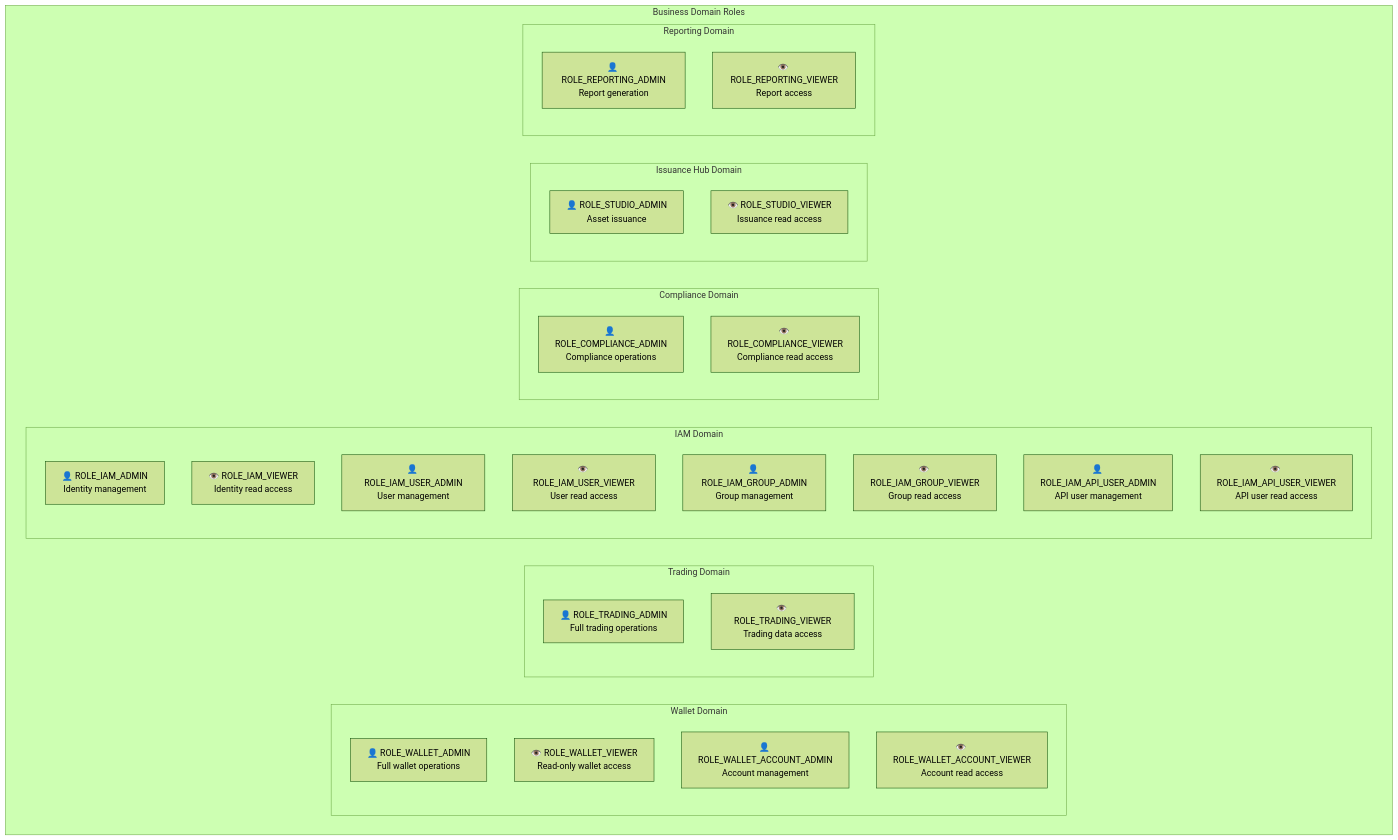
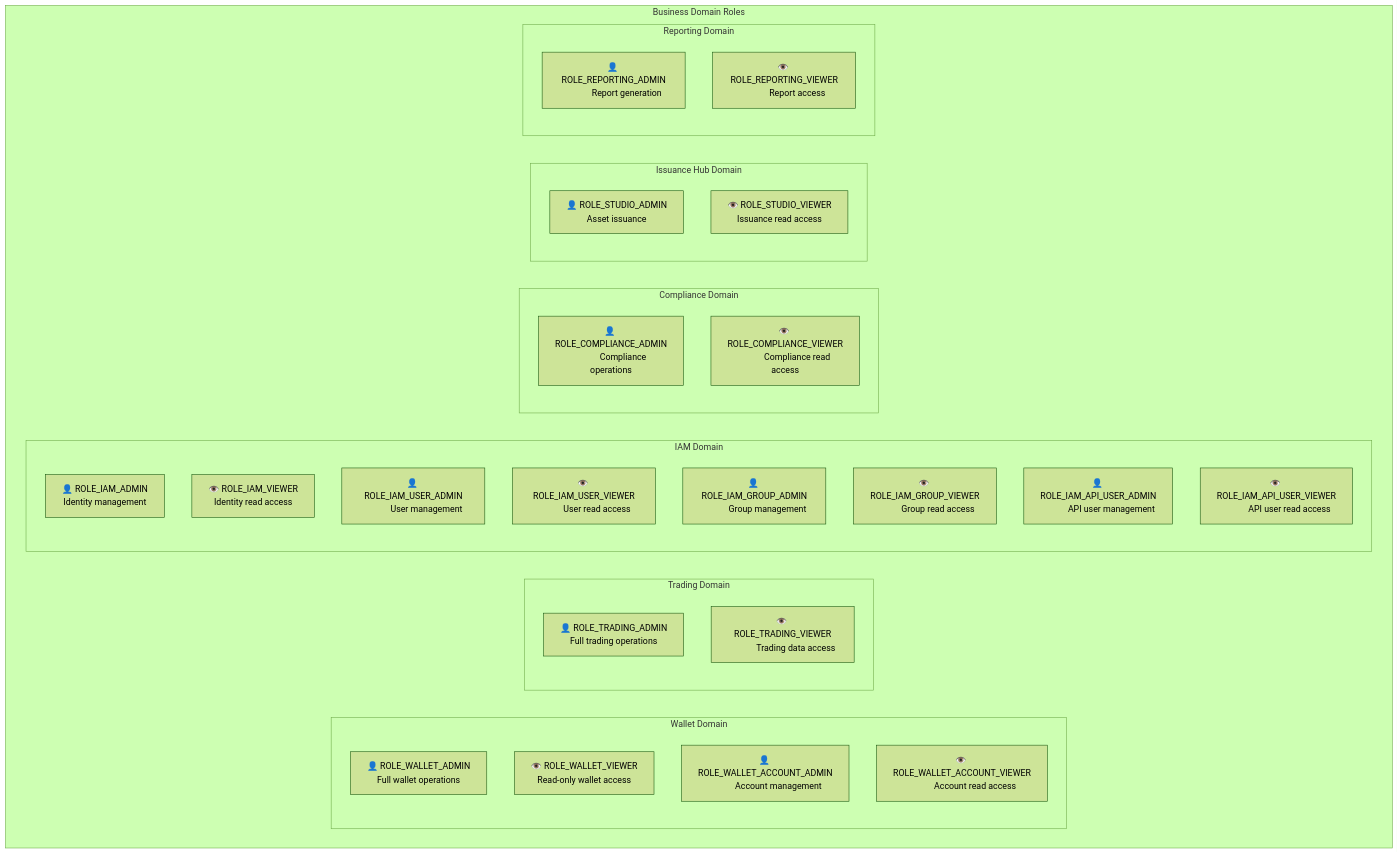
The first of 2 diagrams in docs/docs/architecture/method-permissions.mdx (meshtrade/api), drawn with Mermaid (forest theme) before and after one commit. The commit also changed other lines of this file and 5 other files, not shown here.

````diff
--- a/docs/docs/architecture/method-permissions.mdx
+++ b/docs/docs/architecture/method-permissions.mdx
@@ -68,42 +40,62 @@
 ```mermaid
 graph TD
     subgraph "Business Domain Roles"
         subgraph "Wallet Domain"
-            WalletAdmin["👤 ROLE_WALLET_ADMIN<br/>Full wallet operations"]
-            WalletViewer["👁️ ROLE_WALLET_VIEWER<br/>Read-only wallet access"]
-            WalletAccAdmin["👤 ROLE_WALLET_ACCOUNT_ADMIN<br/>Account management"]
-            WalletAccViewer["👁️ ROLE_WALLET_ACCOUNT_VIEWER<br/>Account read access"]
+            WalletAdmin["👤 ROLE_WALLET_ADMIN
+            Full wallet operations"]
+            WalletViewer["👁️ ROLE_WALLET_VIEWER
+            Read-only wallet access"]
+            WalletAccAdmin["👤 ROLE_WALLET_ACCOUNT_ADMIN
+            Account management"]
+            WalletAccViewer["👁️ ROLE_WALLET_ACCOUNT_VIEWER
+            Account read access"]
         end
-        
+
         subgraph "Trading Domain"
-            TradingAdmin["👤 ROLE_TRADING_ADMIN<br/>Full trading operations"]
-            TradingViewer["👁️ ROLE_TRADING_VIEWER<br/>Trading data access"]
+            TradingAdmin["👤 ROLE_TRADING_ADMIN
+            Full trading operations"]
+            TradingViewer["👁️ ROLE_TRADING_VIEWER
+            Trading data access"]
         end
-        
+
         subgraph "IAM Domain"
-            IAMAdmin["👤 ROLE_IAM_ADMIN<br/>Identity management"]
-            IAMViewer["👁️ ROLE_IAM_VIEWER<br/>Identity read access"]
-            IAMUserAdmin["👤 ROLE_IAM_USER_ADMIN<br/>User management"]
-            IAMUserViewer["👁️ ROLE_IAM_USER_VIEWER<br/>User read access"]
-            IAMGroupAdmin["👤 ROLE_IAM_GROUP_ADMIN<br/>Group management"]
-            IAMGroupViewer["👁️ ROLE_IAM_GROUP_VIEWER<br/>Group read access"]
-            IAMAPIAdmin["👤 ROLE_IAM_API_USER_ADMIN<br/>API user management"]
-            IAMAPIViewer["👁️ ROLE_IAM_API_USER_VIEWER<br/>API user read access"]
+            IAMAdmin["👤 ROLE_IAM_ADMIN
+            Identity management"]
+            IAMViewer["👁️ ROLE_IAM_VIEWER
+            Identity read access"]
+            IAMUserAdmin["👤 ROLE_IAM_USER_ADMIN
+            User management"]
+            IAMUserViewer["👁️ ROLE_IAM_USER_VIEWER
+            User read access"]
+            IAMGroupAdmin["👤 ROLE_IAM_GROUP_ADMIN
+            Group management"]
+            IAMGroupViewer["👁️ ROLE_IAM_GROUP_VIEWER
+            Group read access"]
+            IAMAPIAdmin["👤 ROLE_IAM_API_USER_ADMIN
+            API user management"]
+            IAMAPIViewer["👁️ ROLE_IAM_API_USER_VIEWER
+            API user read access"]
         end
-        
+
         subgraph "Compliance Domain"
-            CompAdmin["👤 ROLE_COMPLIANCE_ADMIN<br/>Compliance operations"]
-            CompViewer["👁️ ROLE_COMPLIANCE_VIEWER<br/>Compliance read access"]
+            CompAdmin["👤 ROLE_COMPLIANCE_ADMIN
+            Compliance operations"]
+            CompViewer["👁️ ROLE_COMPLIANCE_VIEWER
+            Compliance read access"]
         end
-        
+
         subgraph "Issuance Hub Domain"
-            IssuanceAdmin["👤 ROLE_STUDIO_ADMIN<br/>Asset issuance"]
-            IssuanceViewer["👁️ ROLE_STUDIO_VIEWER<br/>Issuance read access"]
+            IssuanceAdmin["👤 ROLE_STUDIO_ADMIN
+            Asset issuance"]
+            IssuanceViewer["👁️ ROLE_STUDIO_VIEWER
+            Issuance read access"]
         end
-        
+
         subgraph "Reporting Domain"
-            ReportingAdmin["👤 ROLE_REPORTING_ADMIN<br/>Report generation"]
-            ReportingViewer["👁️ ROLE_REPORTING_VIEWER<br/>Report access"]
+            ReportingAdmin["👤 ROLE_REPORTING_ADMIN
+            Report generation"]
+            ReportingViewer["👁️ ROLE_REPORTING_VIEWER
+            Report access"]
         end
     end
 ```
````
